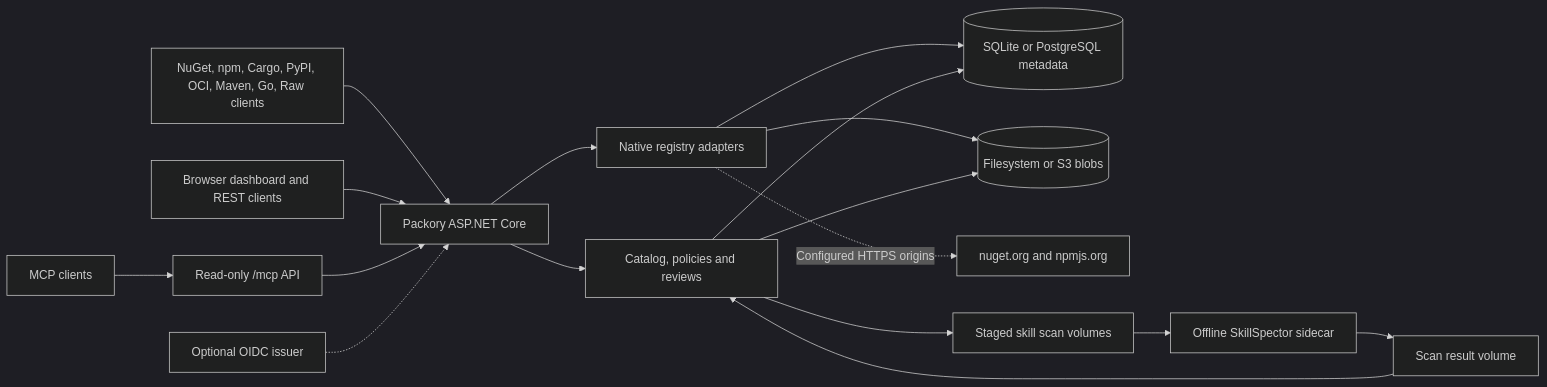
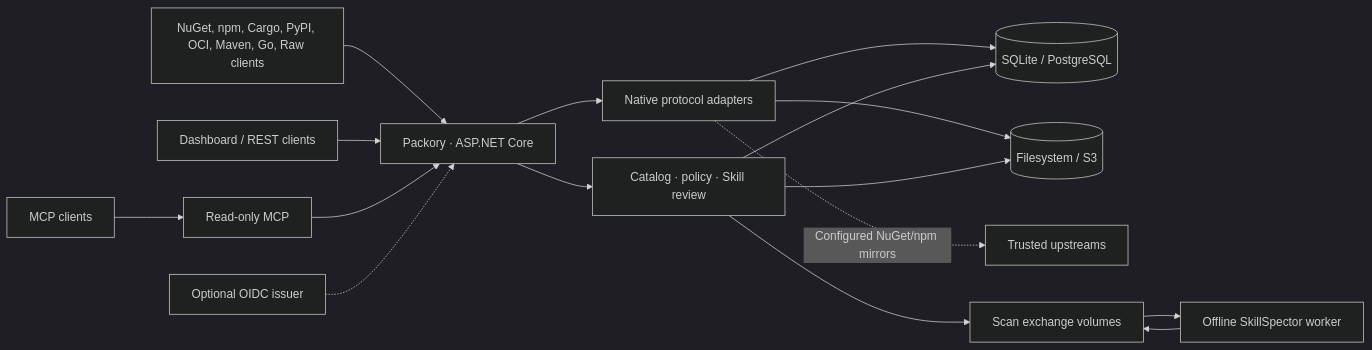
The diagram in README.md (Cenn0/Packory), drawn with Mermaid (dark theme) before and after one commit. The commit also changed other lines of this file and 2 other files, not shown here.

````diff
--- a/README.md
+++ b/README.md
@@ -101,19 +107,18 @@
 ```mermaid
 flowchart LR
-  C["NuGet, npm, Cargo, PyPI, OCI, Maven, Go, Raw clients"] --> App["Packory ASP.NET Core"]
-  Dashboard["Browser dashboard and REST clients"] --> App
-  MCP["MCP clients"] --> ReadOnly["Read-only /mcp API"]
-  ReadOnly --> App
-  OIDC["Optional OIDC issuer"] -.-> App
-  App --> Protocol["Native registry adapters"]
-  App --> Catalog["Catalog, policies and reviews"]
-  Protocol --> DB[("SQLite or PostgreSQL metadata")]
-  Catalog --> DB
-  Protocol --> Blob[("Filesystem or S3 blobs")]
-  Catalog --> Blob
-  Protocol -. "Configured HTTPS origins" .-> Upstream["nuget.org and npmjs.org"]
-  Catalog --> Queue["Staged skill scan volumes"]
-  Queue --> Scanner["Offline SkillSpector sidecar"]
-  Scanner --> Result["Scan result volume"]
-  Result --> Catalog
+    Native["NuGet, npm, Cargo, PyPI, OCI, Maven, Go, Raw clients"] --> App["Packory · ASP.NET Core"]
+    Browser["Dashboard / REST clients"] --> App
+    MCP["MCP clients"] --> API["Read-only MCP"]
+    API --> App
+    OIDC["Optional OIDC issuer"] -.-> App
+    App --> Registry["Native protocol adapters"]
+    App --> Core["Catalog · policy · Skill review"]
+    Registry --> DB[("SQLite / PostgreSQL")]
+    Core --> DB
+    Registry --> Blob[("Filesystem / S3")]
+    Core --> Blob
+    Registry -. "Configured NuGet/npm mirrors" .-> Upstream["Trusted upstreams"]
+    Core --> Exchange["Scan exchange volumes"]
+    Exchange --> Scanner["Offline SkillSpector worker"]
+    Scanner --> Exchange
 ```
````
